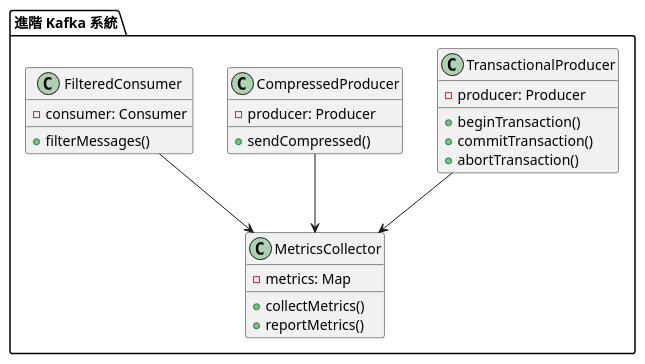
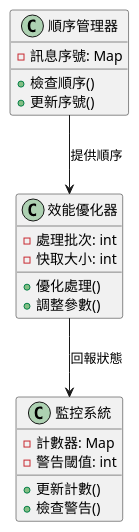
Before and after one commit to fine5351/info-sync: the third of 3 diagrams in doc/learning/architecture/message_queue_tutorial.md, drawn with PlantUML. The commit also changed other lines of this file and 35 other files, not shown here.

````diff
--- a/doc/learning/architecture/message_queue_tutorial.md
+++ b/doc/learning/architecture/message_queue_tutorial.md
@@ -421,32 +278,26 @@
 ```plantuml
 @startuml
-package "進階 Kafka 系統" {
-    class TransactionalProducer {
-        - producer: Producer
-        + beginTransaction()
-        + commitTransaction()
-        + abortTransaction()
-    }
-    
-    class CompressedProducer {
-        - producer: Producer
-        + sendCompressed()
-    }
-    
-    class FilteredConsumer {
-        - consumer: Consumer
-        + filterMessages()
-    }
-    
-    class MetricsCollector {
-        - metrics: Map
-        + collectMetrics()
-        + reportMetrics()
-    }
+class 順序管理器 {
+    - 訊息序號: Map
+    + 檢查順序()
+    + 更新序號()
 }
 
-TransactionalProducer --> MetricsCollector
-CompressedProducer --> MetricsCollector
-FilteredConsumer --> MetricsCollector
+class 效能優化器 {
+    - 處理批次: int
+    - 快取大小: int
+    + 優化處理()
+    + 調整參數()
+}
+
+class 監控系統 {
+    - 計數器: Map
+    - 警告閾值: int
+    + 更新計數()
+    + 檢查警告()
+}
+
+順序管理器 --> 效能優化器 : 提供順序
+效能優化器 --> 監控系統 : 回報狀態
 @enduml
 ```
````
